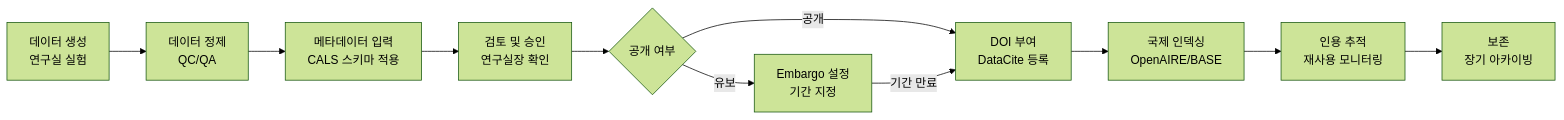
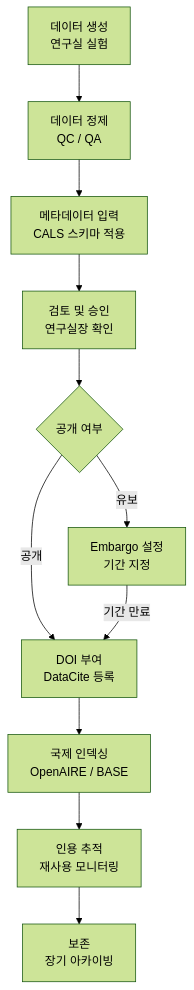
One commit to colswap/cals-dataverse-metadata changed the tenth of 10 diagrams in research/CALS_Dataverse_Strategy_Report.md. Above: the diagram before and after it, drawn with Mermaid (forest theme). The commit also changed other lines of this file, not shown here.

````diff
--- a/research/CALS_Dataverse_Strategy_Report.md
+++ b/research/CALS_Dataverse_Strategy_Report.md
@@ -887,13 +1049,24 @@
 ```mermaid
-graph LR
-    A[데이터 생성\n연구실 실험] --> B[데이터 정제\nQC/QA]
-    B --> C[메타데이터 입력\nCALS 스키마 적용]
-    C --> D[검토 및 승인\n연구실장 확인]
-    D --> E{공개 여부}
-    E -->|공개| F[DOI 부여\nDataCite 등록]
-    E -->|유보| G[Embargo 설정\n기간 지정]
-    F --> H[국제 인덱싱\nOpenAIRE/BASE]
+flowchart TB
+    A["데이터 생성\n연구실 실험"]
+    B["데이터 정제\nQC / QA"]
+    C["메타데이터 입력\nCALS 스키마 적용"]
+    D["검토 및 승인\n연구실장 확인"]
+    E{"공개 여부"}
+    F["DOI 부여\nDataCite 등록"]
+    G["Embargo 설정\n기간 지정"]
+    H["국제 인덱싱\nOpenAIRE / BASE"]
+    I["인용 추적\n재사용 모니터링"]
+    J["보존\n장기 아카이빙"]
+
+    A --> B
+    B --> C
+    C --> D
+    D --> E
+    E -->|공개| F
+    E -->|유보| G
     G -->|기간 만료| F
-    H --> I[인용 추적\n재사용 모니터링]
-    I --> J[보존\n장기 아카이빙]
+    F --> H
+    H --> I
+    I --> J
 ```
````
